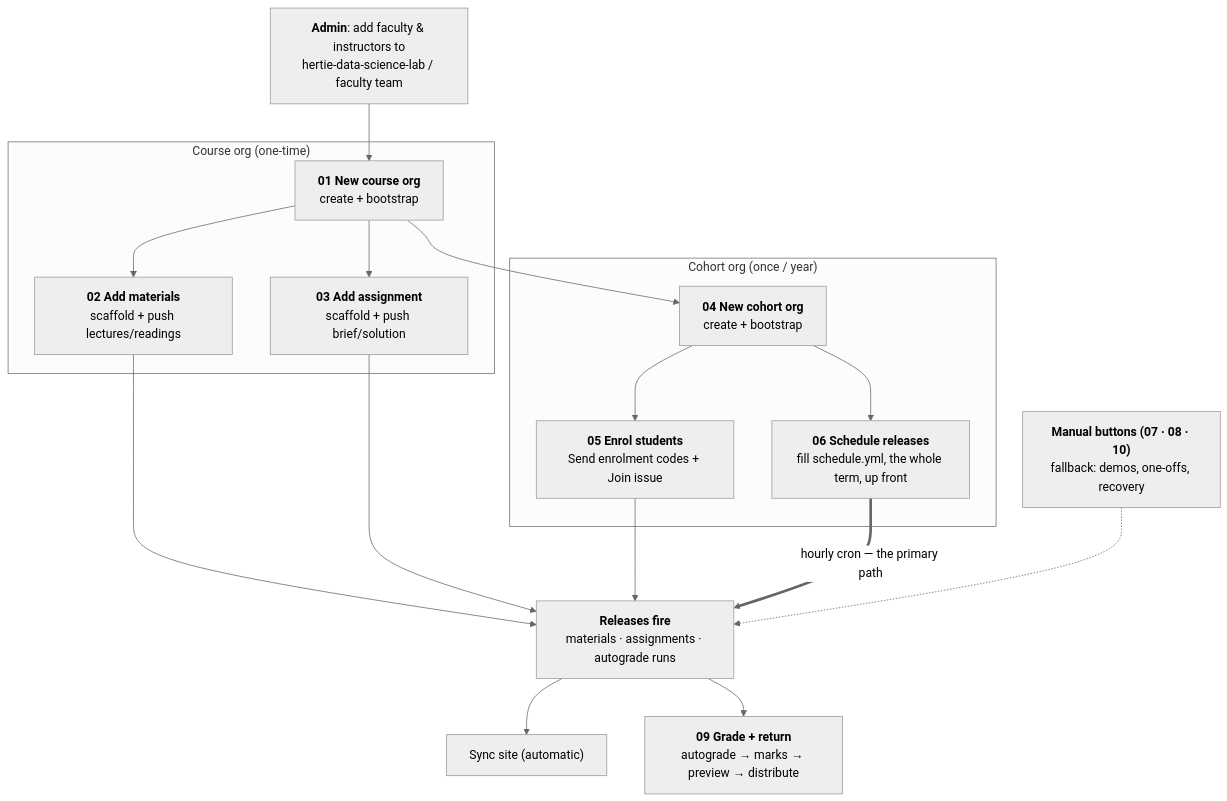
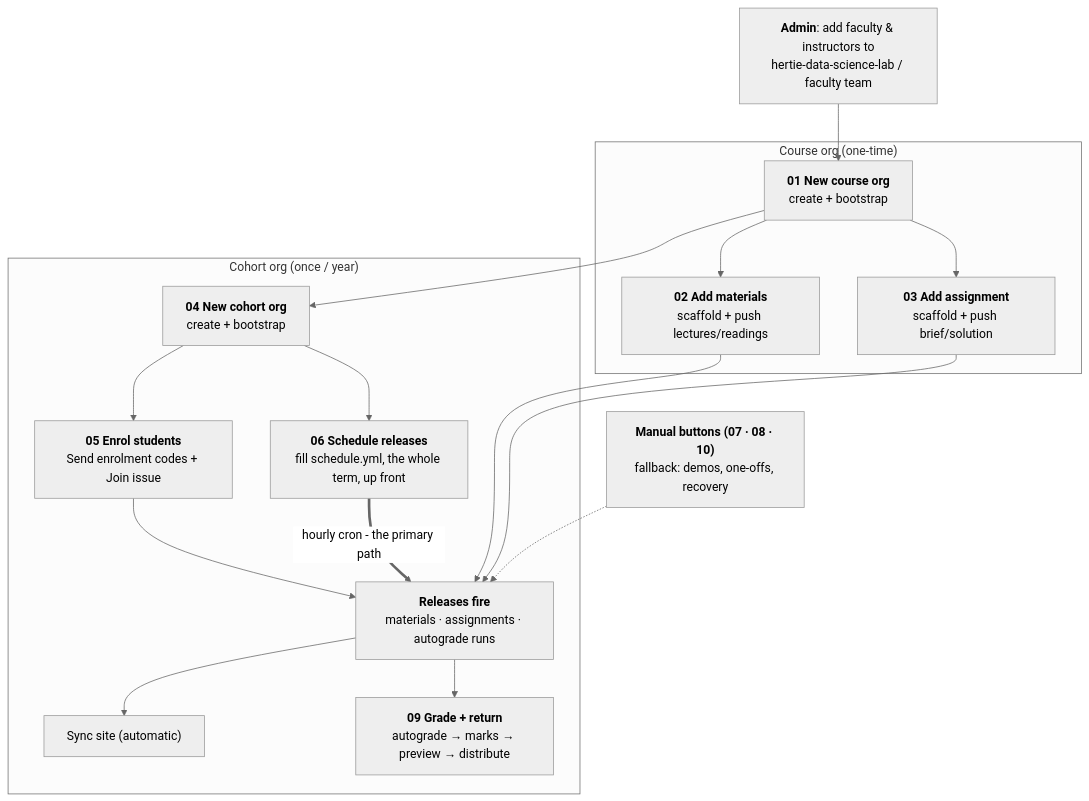
Before and after one commit to hertie-data-science-lab/dsl-teaching-course-setup: the diagram in docs/faculty-and-instructors/README.md, drawn with Mermaid (neutral theme). The commit also changed other lines of this file and 1 other file, not shown here.

Commit message:
docs: cross-ref example-course artefacts, fix cohort-tier diagram and demo org names

````diff
--- a/docs/faculty-and-instructors/README.md
+++ b/docs/faculty-and-instructors/README.md
@@ -20,39 +20,42 @@
 ```mermaid
 flowchart TD
   A["`**Admin**: add faculty & instructors to
 hertie-data-science-lab / faculty team`"] --> B
 
   subgraph COURSE["Course org (one-time)"]
     B["`**01 New course org**
 create + bootstrap`"]
     C["`**02 Add materials**
 scaffold + push lectures/readings`"]
     D["`**03 Add assignment**
 scaffold + push brief/solution`"]
     B --> C
     B --> D
   end
 
   subgraph COHORT["Cohort org (once / year)"]
     E["`**04 New cohort org**
 create + bootstrap`"]
     F["`**05 Enrol students**
 Send enrolment codes + Join issue`"]
     S["`**06 Schedule releases**
 fill schedule.yml, the whole term, up front`"]
+    G["`**Releases fire**
+materials · assignments · autograde runs`"]
+    I["Sync site (automatic)"]
+    J["`**09 Grade + return**
+autograde → marks → preview → distribute`"]
     E --> F
     E --> S
+    F --> G
+    S ==>|"hourly cron - the primary path"| G
+    G --> I
+    G --> J
   end
 
   B --> E
-  C --> G["`**Releases fire**
-materials · assignments · autograde runs`"]
+  C --> G
   D --> G
-  F --> G
-  S ==>|"hourly cron — the primary path"| G
   M["`**Manual buttons (07 · 08 · 10)**
 fallback: demos, one-offs, recovery`"] -.-> G
-  G --> I["Sync site (automatic)"]
-  G --> J["`**09 Grade + return**
-autograde → marks → preview → distribute`"]
 ```
````
